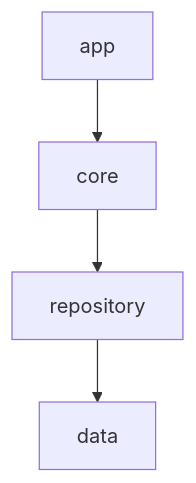
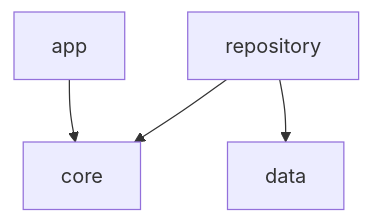
The diagram in README.md (mtlabdo/Recette-Express), drawn with Mermaid before and after one commit.

````diff
--- a/README.md
+++ b/README.md
@@ -39,6 +39,6 @@
 ```mermaid
 graph TD;
    app-->core;
-   core-->repository;
+   repository-->core;
    repository-->data;
 ```
````
